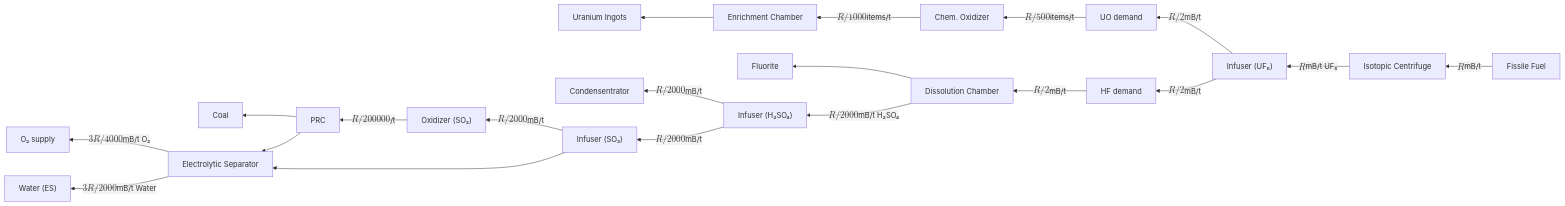
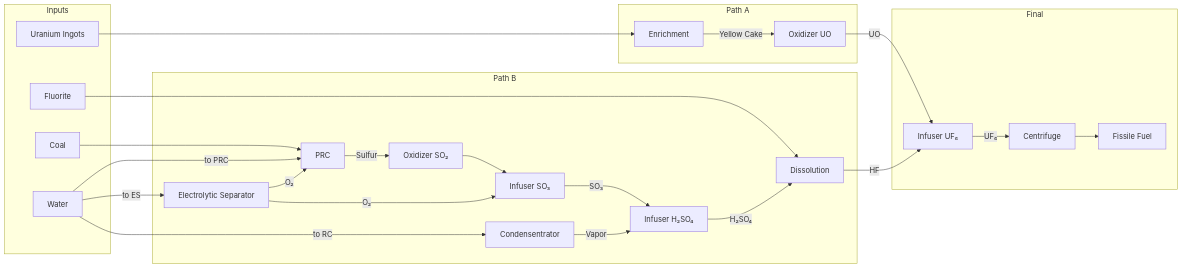
One commit to Kiwifan1/Kiwifan1.github.io changed the second of 3 diagrams in docs/mekanism/fissile-fuel-production.md. Above: the diagram before and after it, drawn with Mermaid. The commit also changed other lines of this file and 3 other files, not shown here.

Commit message:
Fix speed formula to exponential, fix Mermaid diagrams and KaTeX, update worked example

````diff
--- a/docs/mekanism/fissile-fuel-production.md
+++ b/docs/mekanism/fissile-fuel-production.md
@@ -242,24 +244,36 @@
 ```mermaid
-flowchart RL
-    FF["Fissile Fuel"] -->|"$$R$$ mB/t"| IC["Isotopic Centrifuge"]
-    IC -->|"$$R$$ mB/t UF₆"| CIuf["Infuser (UF₆)"]
-    CIuf -->|"$$R/2$$ mB/t"| UO["UO demand"]
-    CIuf -->|"$$R/2$$ mB/t"| HF["HF demand"]
+flowchart LR
+    subgraph Inputs
+        Ingots["Uranium Ingots"]
+        Fl["Fluorite"]
+        Coal["Coal"]
+        Water["Water"]
+    end
 
-    UO -->|"$$R/500$$ items/t"| COu["Chem. Oxidizer"]
-    COu -->|"$$R/1000$$ items/t"| ECh["Enrichment Chamber"]
-    ECh --> Ingots["Uranium Ingots"]
+    subgraph PathA["Path A"]
+        Ingots --> ECh["Enrichment"]
+        ECh -->|"Yellow Cake"| COu["Oxidizer UO"]
+    end
 
-    HF -->|"$$R/2$$ mB/t"| CDC["Dissolution Chamber"]
-    CDC --> Fl["Fluorite"]
-    CDC -->|"$$R/2000$$ mB/t H₂SO₄"| CIh2so4["Infuser (H₂SO₄)"]
-    CIh2so4 -->|"$$R/2000$$ mB/t"| Vapor["Condensentrator"]
-    CIh2so4 -->|"$$R/2000$$ mB/t"| CIso3["Infuser (SO₃)"]
-    CIso3 -->|"$$R/2000$$ mB/t"| COs["Oxidizer (SO₂)"]
-    COs -->|"$$R/200000$$ /t"| PRC["PRC"]
-    PRC --> Coal["Coal"]
-    CIso3 --> ES["Electrolytic Separator"]
-    PRC --> ES
-    ES -->|"$$3R/4000$$ mB/t O₂"| O2["O₂ supply"]
-    ES -->|"$$3R/2000$$ mB/t Water"| WaterES["Water (ES)"]
+    subgraph PathB["Path B"]
+        Coal --> PRC
+        Water -->|"to PRC"| PRC["PRC"]
+        Water -->|"to ES"| ES["Electrolytic Separator"]
+        ES -->|"O₂"| PRC
+        ES -->|"O₂"| CIso3["Infuser SO₃"]
+        PRC -->|"Sulfur"| COs["Oxidizer SO₂"]
+        COs --> CIso3
+        Water -->|"to RC"| RC["Condensentrator"]
+        RC -->|"Vapor"| CIh2so4["Infuser H₂SO₄"]
+        CIso3 -->|"SO₃"| CIh2so4
+        Fl --> CDC["Dissolution"]
+        CIh2so4 -->|"H₂SO₄"| CDC
+    end
+
+    subgraph Final
+        COu -->|"UO"| CIuf["Infuser UF₆"]
+        CDC -->|"HF"| CIuf
+        CIuf -->|"UF₆"| IC["Centrifuge"]
+        IC --> FF["Fissile Fuel"]
+    end
 ```
````
